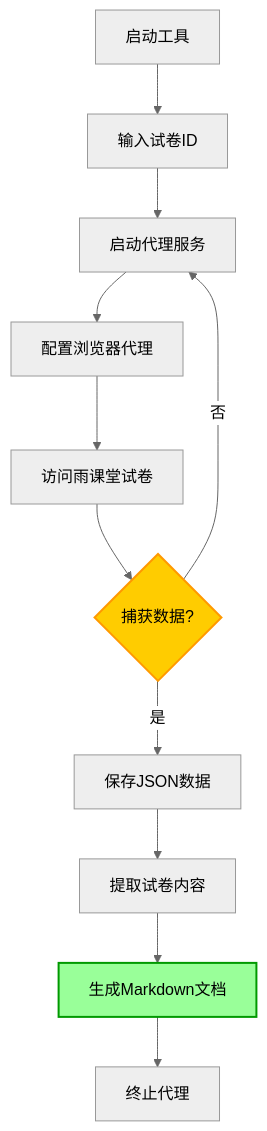
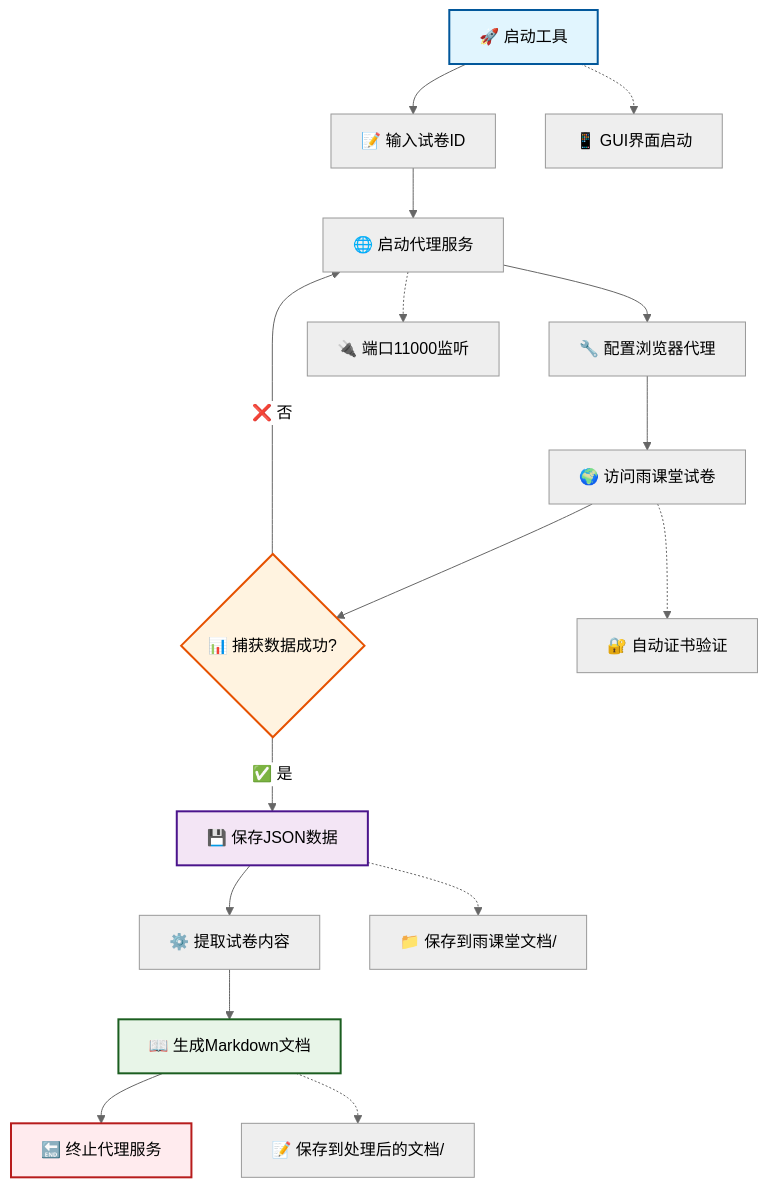
One commit to SaintFore/yuketang_crawler changed the diagram in README.md. Above: the diagram before and after it, drawn with Mermaid (neutral theme). The commit also changed other lines of this file and 4 other files, not shown here.

````diff
--- a/README.md
+++ b/README.md
@@ -123,16 +346,27 @@
 ```mermaid
 flowchart TB
-    A[启动工具] --> B[输入试卷ID]
-    B --> C[启动代理服务]
-    C --> D[配置浏览器代理]
-    D --> E[访问雨课堂试卷]
-    E --> F{捕获数据?}
-    F -->|是| G[保存JSON数据]
-    F -->|否| C
-    G --> H[提取试卷内容]
-    H --> I[生成Markdown文档]
-    I --> J[终止代理]
+    A[🚀 启动工具] --> B[📝 输入试卷ID]
+    B --> C[🌐 启动代理服务]
+    C --> D[🔧 配置浏览器代理]
+    D --> E[🌍 访问雨课堂试卷]
+    E --> F{📊 捕获数据成功?}
+    F -->|✅ 是| G[💾 保存JSON数据]
+    F -->|❌ 否| C
+    G --> H[⚙️ 提取试卷内容]
+    H --> I[📖 生成Markdown文档]
+    I --> J[🔚 终止代理服务]
     
-    style F fill:#ffcc00,stroke:#ff9900,stroke-width:2px
-    style I fill:#99ff99,stroke:#009900,stroke-width:2px
+    %% 样式定义
+    style A fill:#e1f5fe,stroke:#01579b,stroke-width:2px
+    style F fill:#fff3e0,stroke:#e65100,stroke-width:2px
+    style G fill:#f3e5f5,stroke:#4a148c,stroke-width:2px
+    style I fill:#e8f5e8,stroke:#1b5e20,stroke-width:2px
+    style J fill:#ffebee,stroke:#b71c1c,stroke-width:2px
+    
+    %% 添加图标
+    A -.-> A1[📱 GUI界面启动]
+    C -.-> C1[🔌 端口11000监听]
+    E -.-> E1[🔐 自动证书验证]
+    G -.-> G1[📁 保存到雨课堂文档/]
+    I -.-> I1[📝 保存到处理后的文档/]
 ```
````
